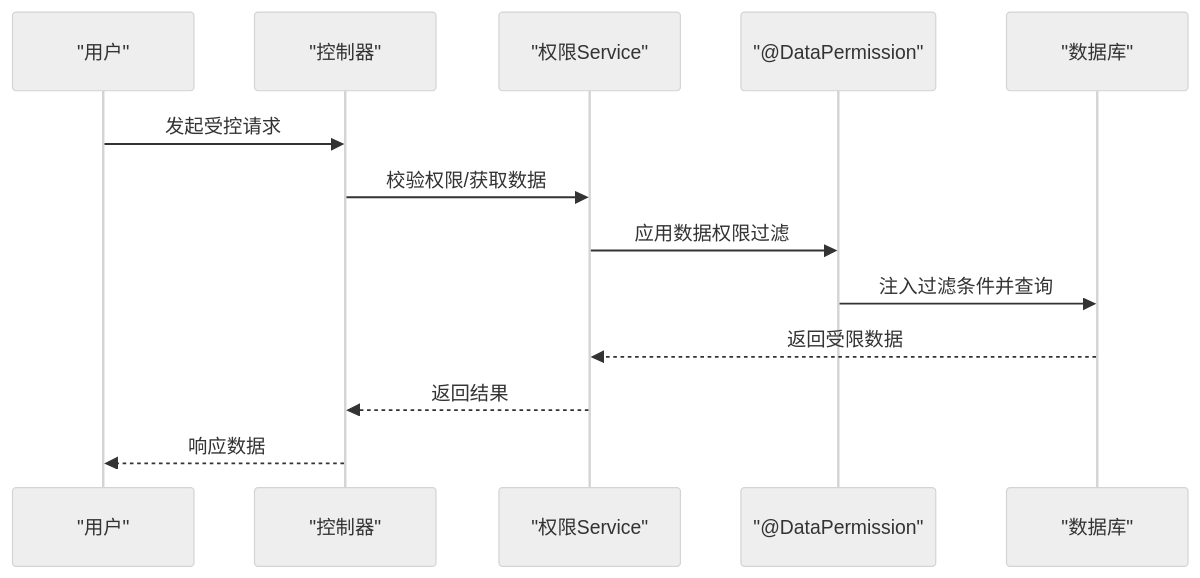
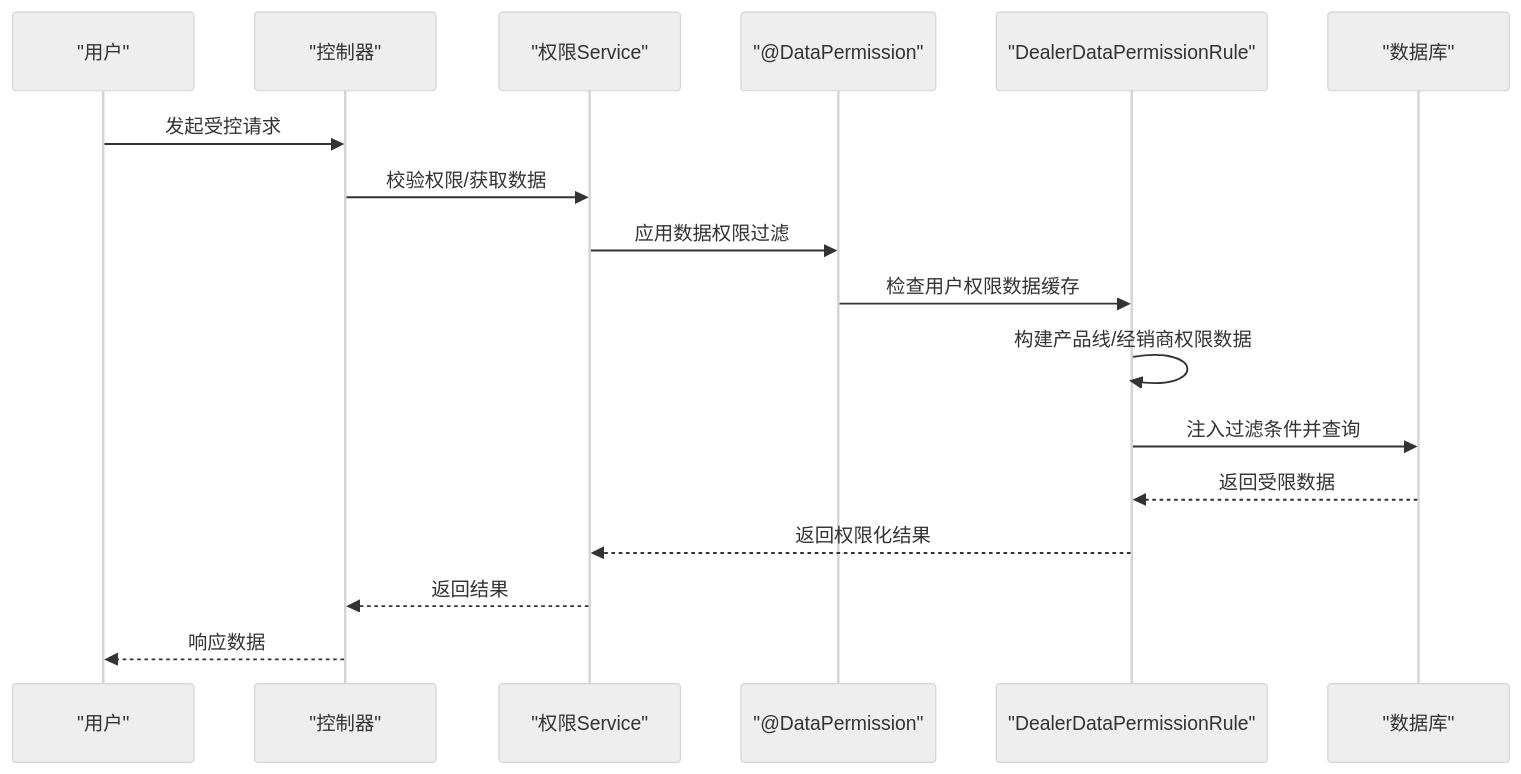
The fifth of 6 diagrams in .qoder/repowiki/zh/content/核心模块/系统管理模块/角色权限.md (xiaoche80s-tech/rouyi-vue-pro), drawn with Mermaid (neutral theme) before and after one commit. The commit also changed other lines of this file and 534 other files, not shown here.

````diff
--- a/.qoder/repowiki/zh/content/核心模块/系统管理模块/角色权限.md
+++ b/.qoder/repowiki/zh/content/核心模块/系统管理模块/角色权限.md
@@ -254,15 +314,19 @@
 ```mermaid
 sequenceDiagram
 participant U as "用户"
 participant CTRL as "控制器"
 participant SVC as "权限Service"
 participant DP as "@DataPermission"
+participant DR as "DealerDataPermissionRule"
 participant DB as "数据库"
 U->>CTRL : 发起受控请求
 CTRL->>SVC : 校验权限/获取数据
 SVC->>DP : 应用数据权限过滤
-DP->>DB : 注入过滤条件并查询
-DB-->>SVC : 返回受限数据
+DP->>DR : 检查用户权限数据缓存
+DR->>DR : 构建产品线/经销商权限数据
+DR->>DB : 注入过滤条件并查询
+DB-->>DR : 返回受限数据
+DR-->>SVC : 返回权限化结果
 SVC-->>CTRL : 返回结果
 CTRL-->>U : 响应数据
 ```
````
